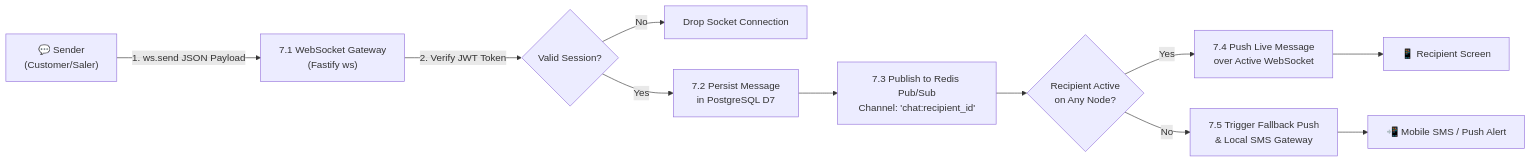
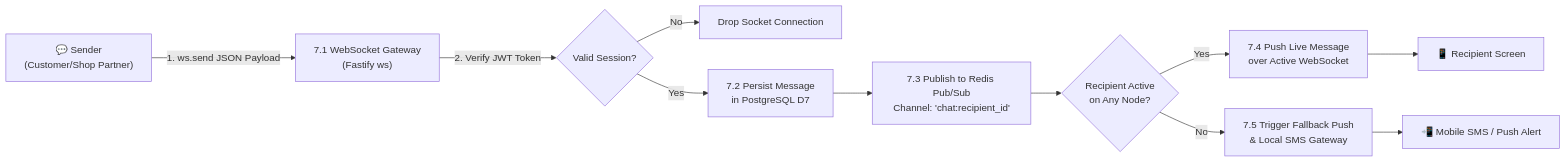
Before and after one commit to ashrafulta2/Explooro: the fifth of 18 diagrams in docs/DFD.md, drawn with Mermaid. The commit also changed other lines of this file and 325 other files, not shown here.

First line of the commit message:
refactor: rename "Saler" and "Seller" to "Shop Partner" in all display text

````diff
--- a/docs/DFD.md
+++ b/docs/DFD.md
@@ -251,14 +251,14 @@
 ```mermaid
 flowchart LR
-    Sender["💬 Sender<br/>(Customer/Saler)"] -->|1. ws.send JSON Payload| WSServer["7.1 WebSocket Gateway<br/>(Fastify ws)"]
+    Sender["💬 Sender<br/>(Customer/Shop Partner)"] -->|1. ws.send JSON Payload| WSServer["7.1 WebSocket Gateway<br/>(Fastify ws)"]
     
     WSServer -->|2. Verify JWT Token| AuthGuard{Valid Session?}
     AuthGuard -->|No| DropConn[Drop Socket Connection]
     AuthGuard -->|Yes| StoreMsg[7.2 Persist Message<br/>in PostgreSQL D7]
     
     StoreMsg --> RedisPub[7.3 Publish to Redis Pub/Sub<br/>Channel: 'chat:recipient_id']
     
     RedisPub --> RecipientOnline{Recipient Active<br/>on Any Node?}
     RecipientOnline -->|Yes| DeliverMsg[7.4 Push Live Message<br/>over Active WebSocket] --> Receiver["📱 Recipient Screen"]
     RecipientOnline -->|No| QueuePush[7.5 Trigger Fallback Push<br/>& Local SMS Gateway] --> OfflineAlert["📲 Mobile SMS / Push Alert"]
 ```
````
